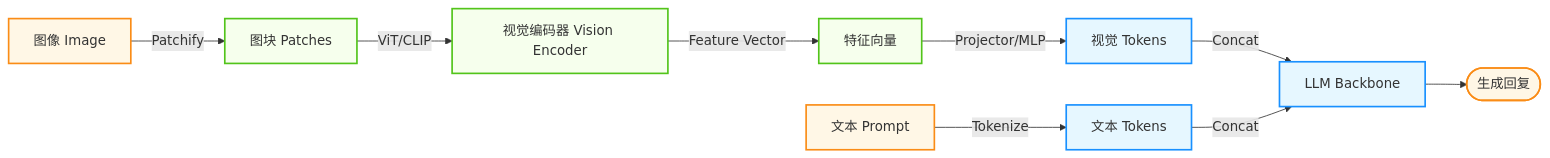
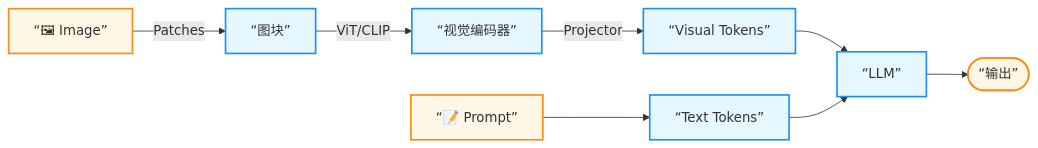
The first of 3 diagrams in 04_tools/4.6_multimodal.md (changsongyang/agentic_ai_guide), drawn with Mermaid before and after one commit. The commit also changed other lines of this file and 8 other files, not shown here.

````diff
--- a/04_tools/4.6_multimodal.md
+++ b/04_tools/4.6_multimodal.md
@@ -56,23 +47,18 @@
 ```mermaid
 graph LR
-    %% Agentic Design System
     classDef agent fill:#e6f7ff,stroke:#1890ff,stroke-width:2px;
     classDef tool fill:#f6ffed,stroke:#52c41a,stroke-width:2px;
     classDef user fill:#fff7e6,stroke:#fa8c16,stroke-width:2px;
 
-    Img["图像 Image"] -->|Patchify| P["图块 Patches"]
-    P -->|ViT/CLIP| Enc["视觉编码器 Vision Encoder"]
-    Enc -->|Feature Vector| Vec["特征向量"]
-    Vec -->|Projector/MLP| Tok["视觉 Tokens"]
-
-    Txt["文本 Prompt"] -->|Tokenize| TTok["文本 Tokens"]
-
-    Tok & TTok -->|Concat| LLM["LLM Backbone"]
-    LLM --> Out(["生成回复"])
+    Img[“🖼 Image”] -->|Patches| P[“图块”]
+    P -->|ViT/CLIP| Enc[“视觉编码器”]
+    Enc -->|Projector| Tok[“Visual Tokens”]
+    Txt[“📝 Prompt”] --> TTok[“Text Tokens”]
+    Tok & TTok --> LLM[“LLM”]
+    LLM --> Out([“输出”])
 
     class Img,Txt user;
-    class P,Enc,Vec tool;
-    class Tok,TTok agent;
+    class P,Enc,Tok,TTok agent;
     class LLM agent;
     class Out user;
 ```
````
